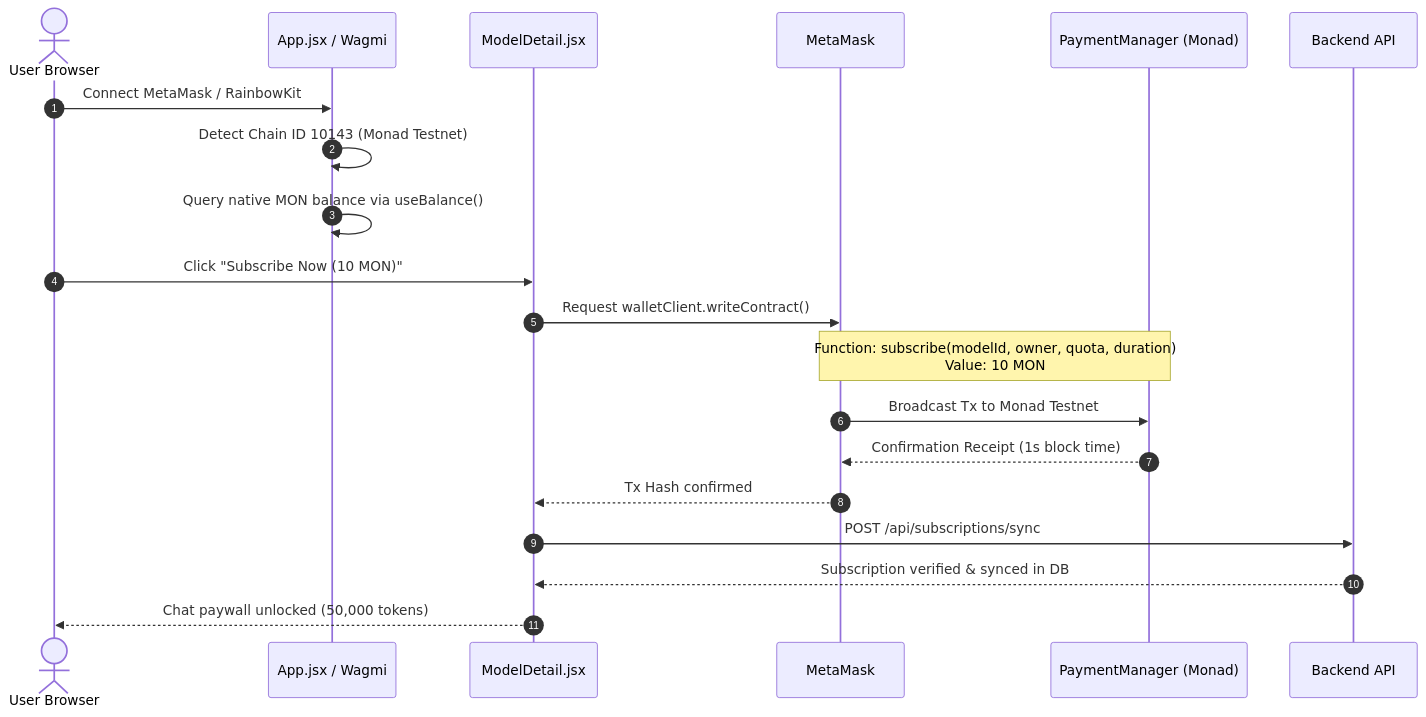
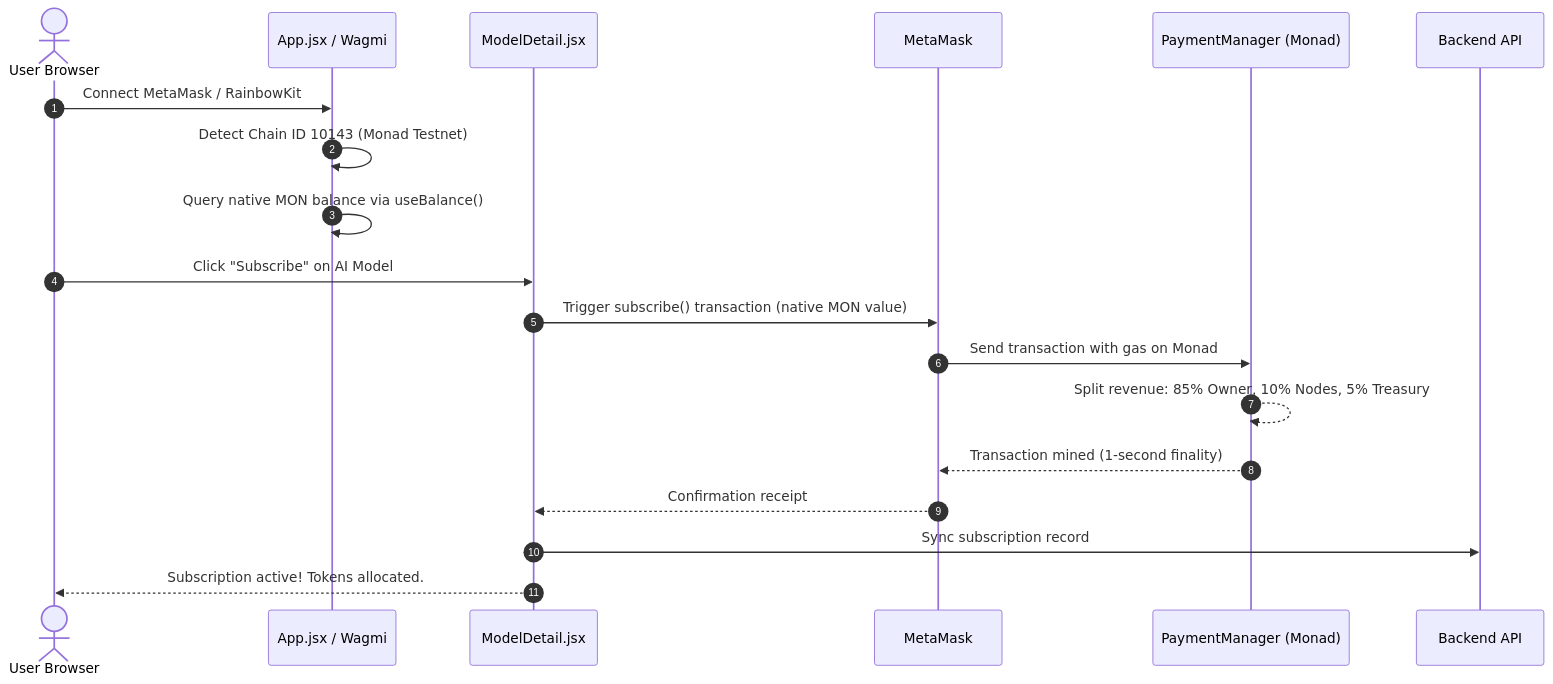
Before and after one commit to Arpit-R-Doshi/monadhacks: the diagram in frontend/README.md, drawn with Mermaid. The commit also changed other lines of this file and 7 other files, not shown here.

Commit message:
docs: comprehensive update to all readmes, architecture, deployment, and api specifications

````diff
--- a/frontend/README.md
+++ b/frontend/README.md
@@ -87,24 +95,23 @@
 ```mermaid
 sequenceDiagram
     autonumber
     actor User as User Browser
     participant App as App.jsx / Wagmi
     participant ModelDetail as ModelDetail.jsx
     participant Wallet as MetaMask
     participant Contract as PaymentManager (Monad)
     participant Backend as Backend API
 
     User->>App: Connect MetaMask / RainbowKit
     App->>App: Detect Chain ID 10143 (Monad Testnet)
     App->>App: Query native MON balance via useBalance()
     
-    User->>ModelDetail: Click "Subscribe Now (10 MON)"
-    ModelDetail->>Wallet: Request walletClient.writeContract()
-    Note over Wallet,Contract: Function: subscribe(modelId, owner, quota, duration)<br/>Value: 10 MON
-    Wallet->>Contract: Broadcast Tx to Monad Testnet
-    Contract-->>Wallet: Confirmation Receipt (1s block time)
-    Wallet-->>ModelDetail: Tx Hash confirmed
-    ModelDetail->>Backend: POST /api/subscriptions/sync
-    Backend-->>ModelDetail: Subscription verified & synced in DB
-    ModelDetail-->>User: Chat paywall unlocked (50,000 tokens)
+    User->>ModelDetail: Click "Subscribe" on AI Model
+    ModelDetail->>Wallet: Trigger subscribe() transaction (native MON value)
+    Wallet->>Contract: Send transaction with gas on Monad
+    Contract-->>Contract: Split revenue: 85% Owner, 10% Nodes, 5% Treasury
+    Contract-->>Wallet: Transaction mined (1-second finality)
+    Wallet-->>ModelDetail: Confirmation receipt
+    ModelDetail->>Backend: Sync subscription record
+    ModelDetail-->>User: Subscription active! Tokens allocated.
 ```
````
